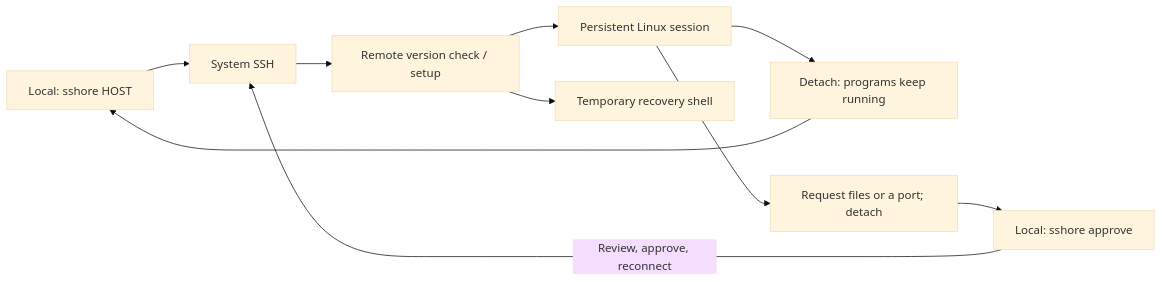
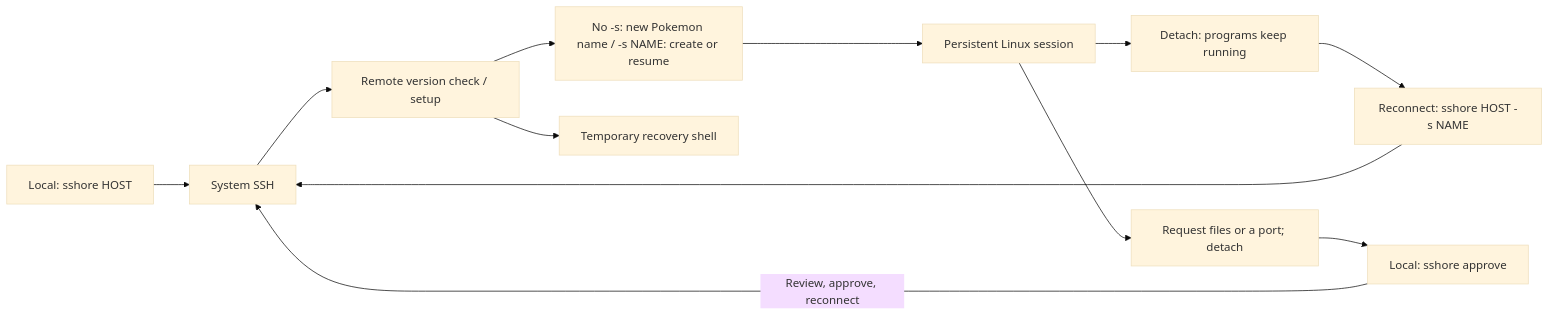
The diagram in README.md (jay-waves/sshore), drawn with Mermaid (base theme) before and after one commit. The commit also changed other lines of this file and 41 other files, not shown here.

````diff
--- a/README.md
+++ b/README.md
@@ -21,12 +23,14 @@
 ```mermaid
 flowchart LR
     local["Local: sshore HOST"] --> ssh["System SSH"]
     ssh --> setup["Remote version check / setup"]
-    setup --> session["Persistent Linux session"]
+    setup --> select["No -s: new Pokemon name / -s NAME: create or resume"]
+    select --> session["Persistent Linux session"]
     setup --> recovery["Temporary recovery shell"]
     session --> detach["Detach: programs keep running"]
-    detach --> local
+    detach --> resume["Reconnect: sshore HOST -s NAME"]
+    resume --> ssh
     session --> request["Request files or a port; detach"]
     request --> approve["Local: sshore approve"]
     approve -->|"Review, approve, reconnect"| ssh
 ```
````
